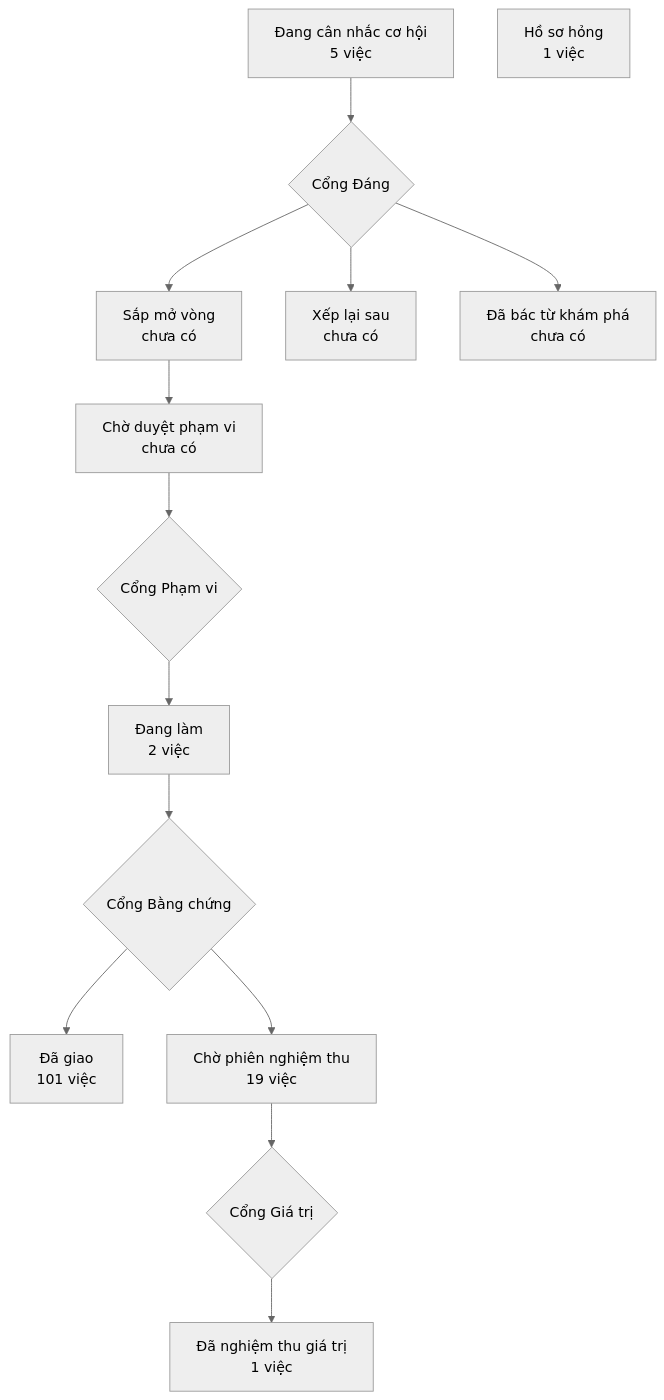
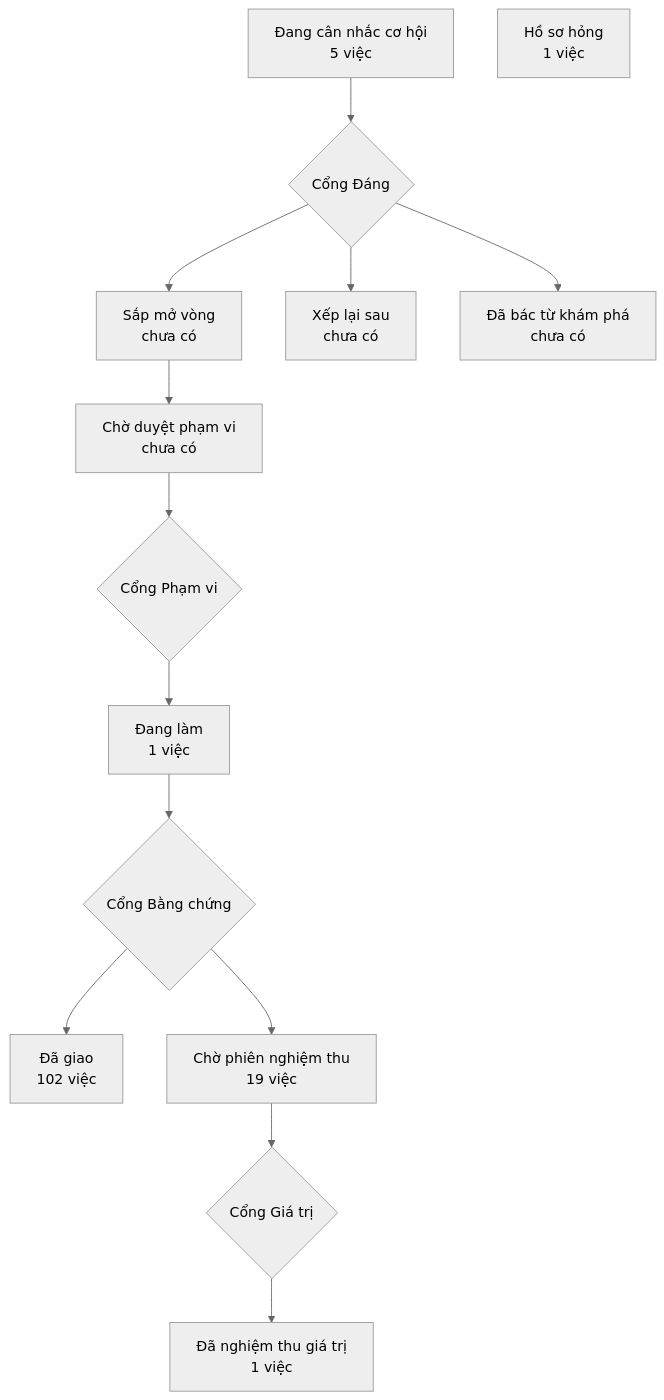
Before and after one commit to phanlemanh/crm-onehub: the diagram in PRODUCT-MAP.md, drawn with Mermaid (neutral theme). The commit also changed 3 other files, not shown here.

````diff
--- a/PRODUCT-MAP.md
+++ b/PRODUCT-MAP.md
@@ -6,13 +6,13 @@
 ```mermaid
 flowchart TD
   A["Đang cân nhắc cơ hội<br/>5 việc"] --> GD{"Cổng Đáng"}
   GD --> B["Sắp mở vòng<br/>chưa có"]
   GD --> XL["Xếp lại sau<br/>chưa có"]
   GD --> DB["Đã bác từ khám phá<br/>chưa có"]
   B --> CD["Chờ duyệt phạm vi<br/>chưa có"] --> GP{"Cổng Phạm vi"}
-  GP --> DL["Đang làm<br/>2 việc"] --> GB{"Cổng Bằng chứng"}
-  GB --> DG["Đã giao<br/>101 việc"]
+  GP --> DL["Đang làm<br/>1 việc"] --> GB{"Cổng Bằng chứng"}
+  GB --> DG["Đã giao<br/>102 việc"]
   GB --> CN["Chờ phiên nghiệm thu<br/>19 việc"] --> GG{"Cổng Giá trị"}
   GG --> NT["Đã nghiệm thu giá trị<br/>1 việc"]
   HS["Hồ sơ hỏng<br/>1 việc"]
 ```
````
